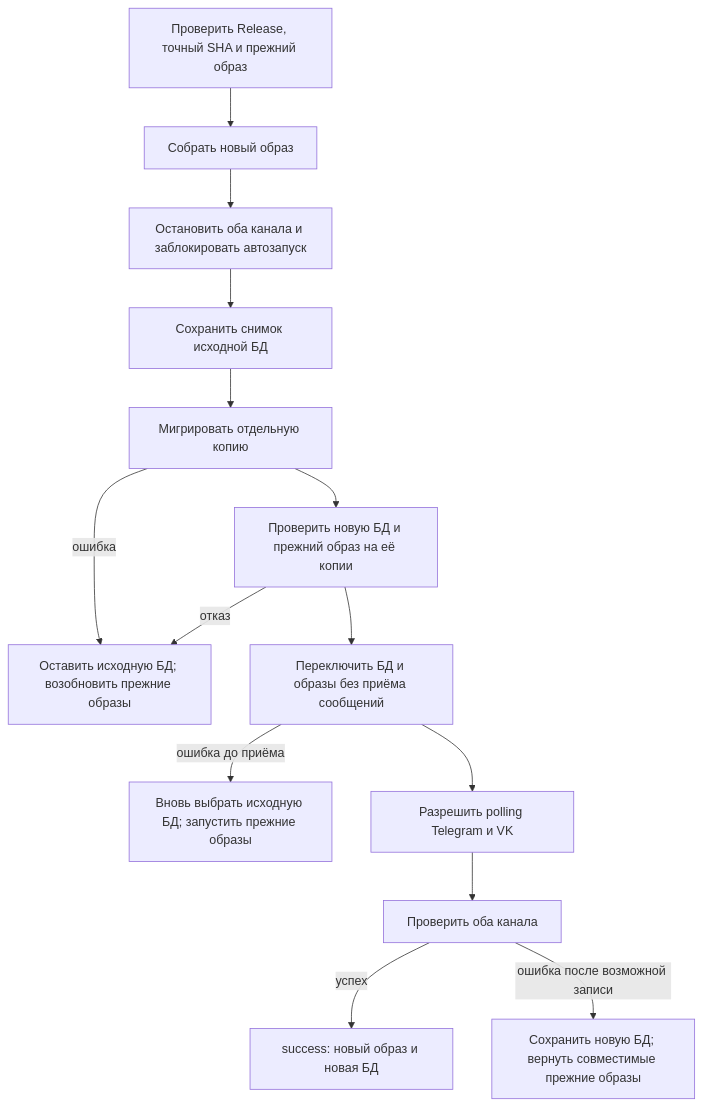
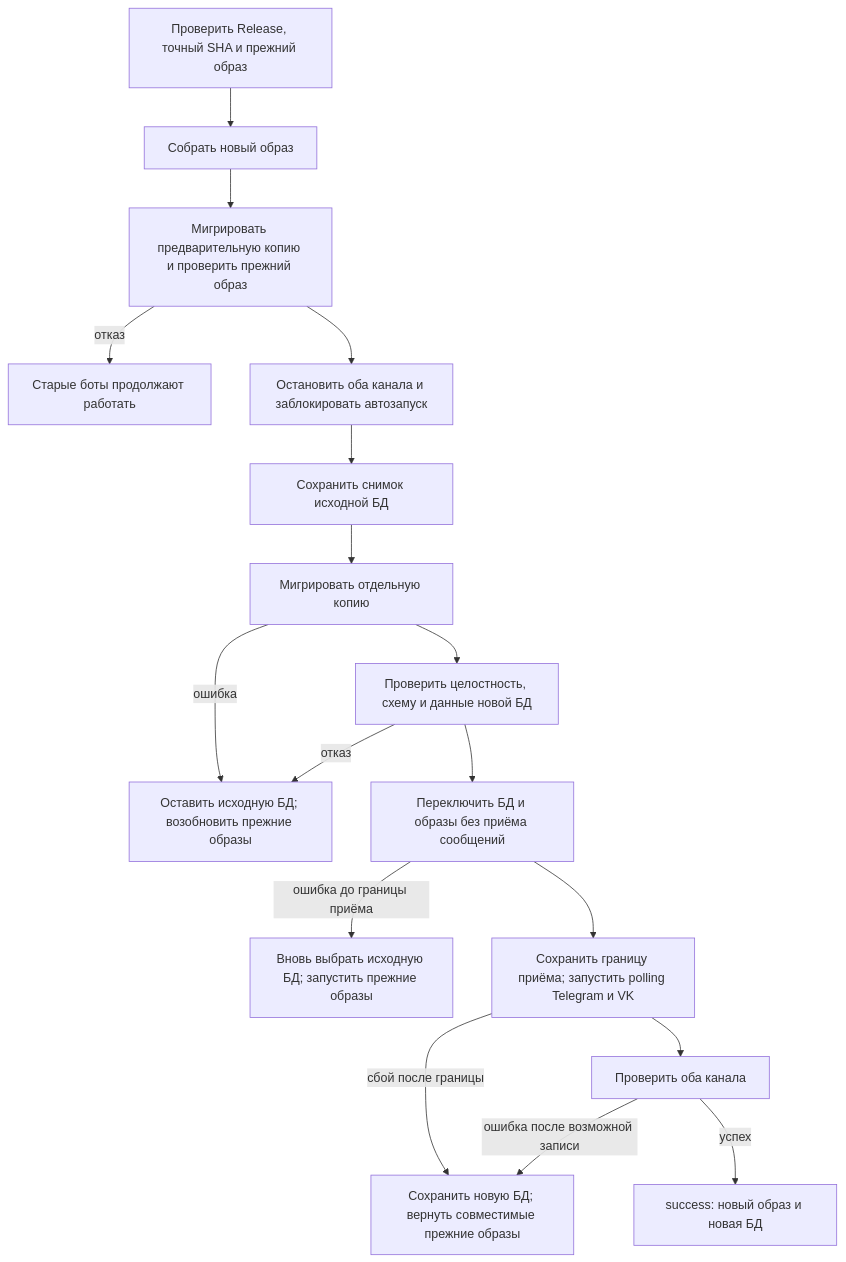
One commit to karateka-git/compadre-assistant changed the second of 2 diagrams in docs/ci-release-review/PLAN.md. Above: the diagram before and after it, drawn with Mermaid. The commit also changed other lines of this file and 5 other files, not shown here.

````diff
--- a/docs/ci-release-review/PLAN.md
+++ b/docs/ci-release-review/PLAN.md
@@ -70,16 +75,19 @@
 ```mermaid
 flowchart TD
     A[Проверить Release, точный SHA и прежний образ] --> B[Собрать новый образ]
-    B --> C[Остановить оба канала и заблокировать автозапуск]
+    B --> P[Мигрировать предварительную копию и проверить прежний образ]
+    P -->|отказ| PREFAIL[Старые боты продолжают работать]
+    P --> C[Остановить оба канала и заблокировать автозапуск]
     C --> D[Сохранить снимок исходной БД]
     D --> E[Мигрировать отдельную копию]
     E -->|ошибка| OLD[Оставить исходную БД; возобновить прежние образы]
-    E --> F[Проверить новую БД и прежний образ на её копии]
+    E --> F[Проверить целостность, схему и данные новой БД]
     F -->|отказ| OLD
     F --> G[Переключить БД и образы без приёма сообщений]
-    G -->|ошибка до приёма| BACK[Вновь выбрать исходную БД; запустить прежние образы]
-    G --> H[Разрешить polling Telegram и VK]
+    G -->|ошибка до границы приёма| BACK[Вновь выбрать исходную БД; запустить прежние образы]
+    G --> H[Сохранить границу приёма; запустить polling Telegram и VK]
+    H -->|сбой после границы| RET[Сохранить новую БД; вернуть совместимые прежние образы]
     H --> I[Проверить оба канала]
     I -->|успех| OK[success: новый образ и новая БД]
-    I -->|ошибка после возможной записи| RET[Сохранить новую БД; вернуть совместимые прежние образы]
+    I -->|ошибка после возможной записи| RET
 ```
````
